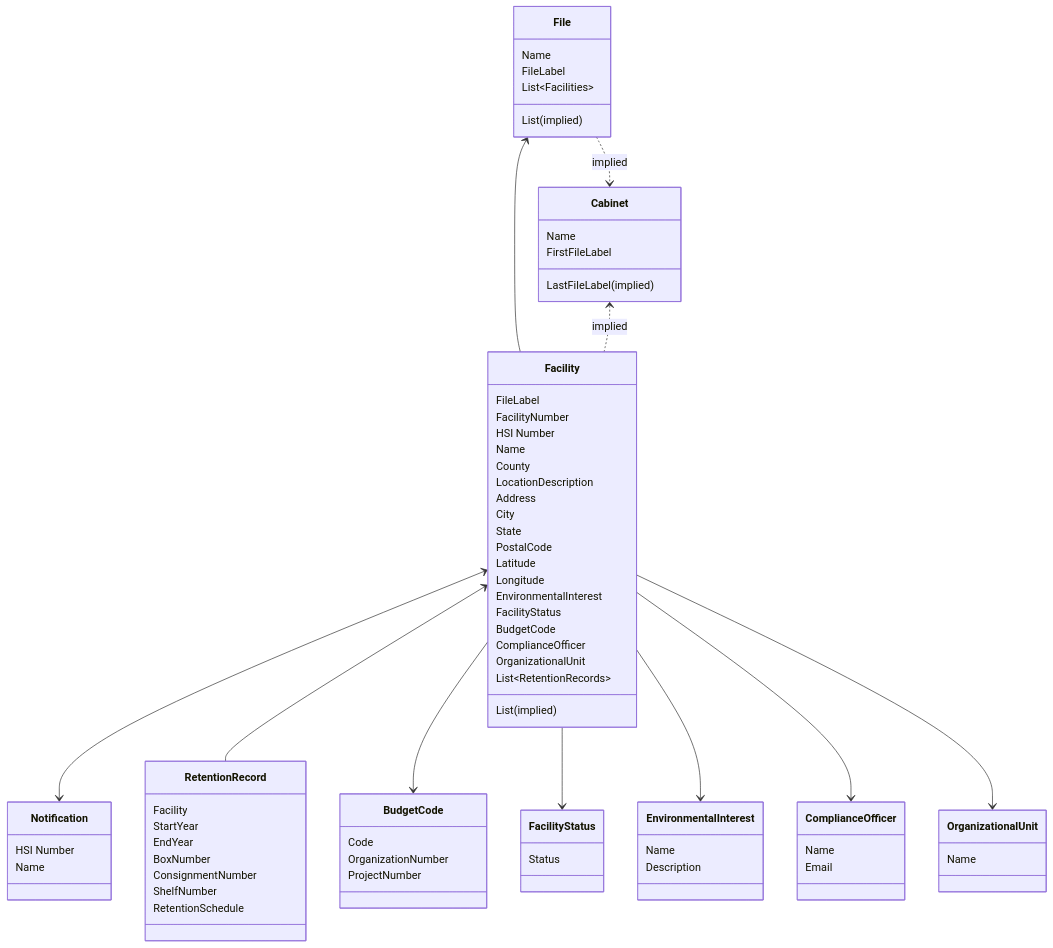
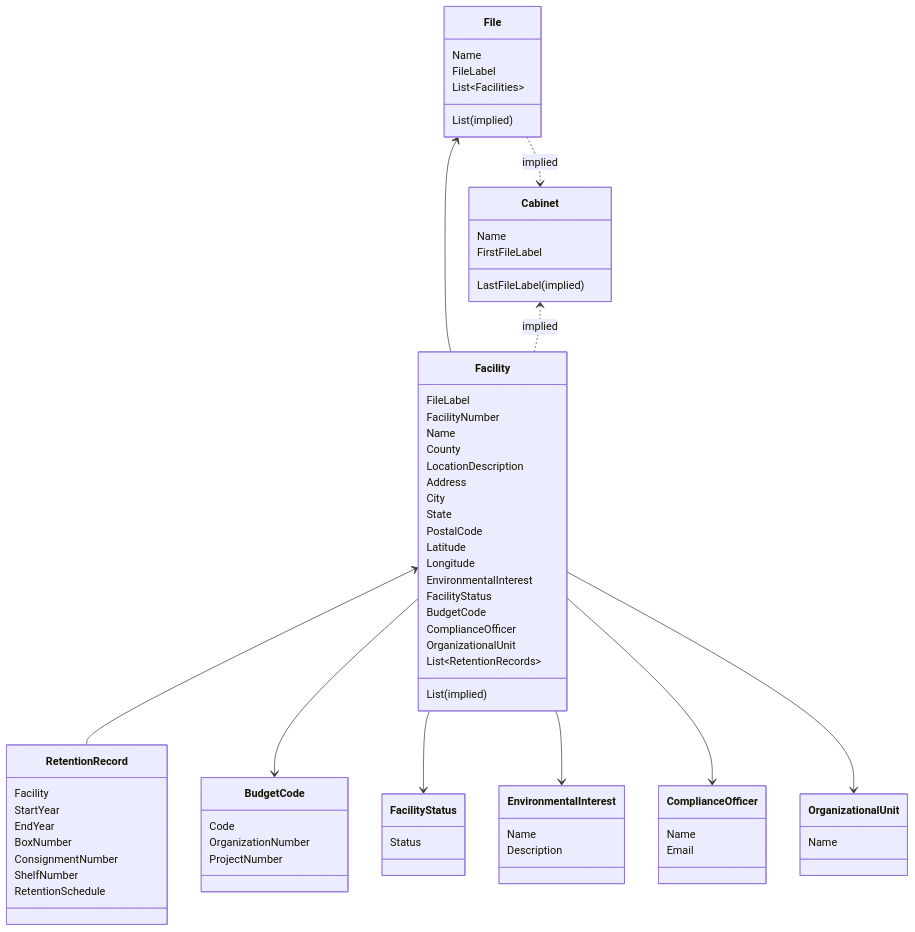
Before and after one commit to gaepdit/FMS: the diagram in docs/ER-diagram.md, drawn with Mermaid.

Commit message:
Initial changes - WIP

```diff
--- a/docs/ER-diagram.md
+++ b/docs/ER-diagram.md
@@ -6,8 +6,6 @@
     File ..> Cabinet : implied
     File <-- Facility
     Cabinet <.. Facility : implied
-
-    Facility <--> Notification
     Facility <-- RetentionRecord
     Facility --> BudgetCode
     Facility --> FacilityStatus
@@ -25,11 +23,6 @@
     List<Cabinets> (implied)
 }
 
-class Notification {
-    HSI Number
-    Name
-}
-
 class Cabinet {
     Name
     FirstFileLabel
@@ -40,7 +33,6 @@
 class Facility {
     FileLabel
     FacilityNumber
-    HSI Number
     Name
     County
     LocationDescription
```
